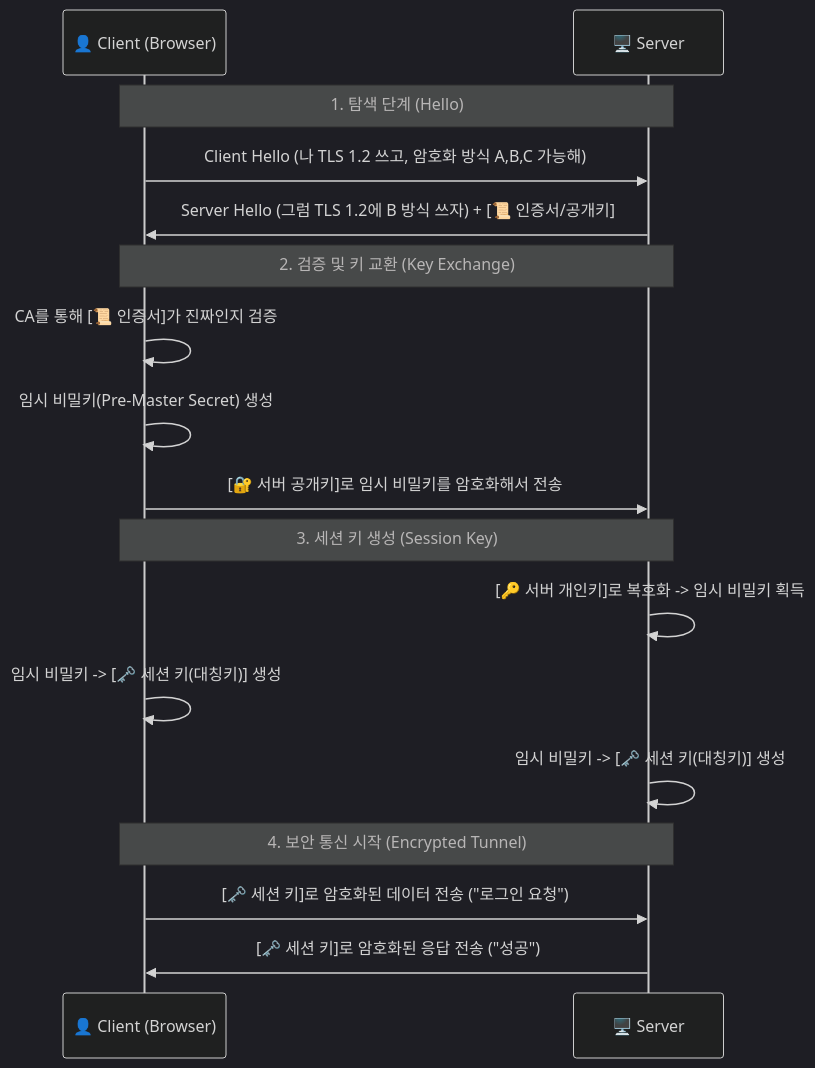
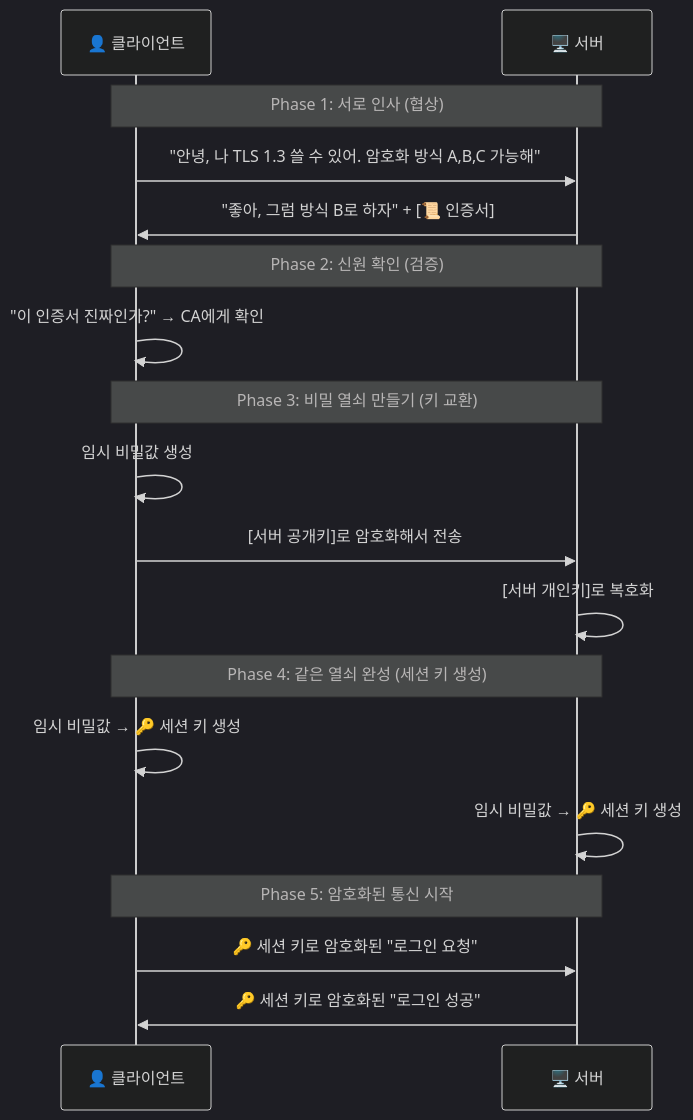
The diagram in 02-network/http-https/README.md (thseo4813/Study-Notes), drawn with Mermaid (dark theme) before and after one commit. The commit also changed other lines of this file and 10 other files, not shown here.

````diff
--- a/02-network/http-https/README.md
+++ b/02-network/http-https/README.md
@@ -85,24 +130,25 @@
 ```mermaid
 sequenceDiagram
-    participant Client as 👤 Client (Browser)
-    participant Server as 🖥️ Server
+    participant C as 👤 클라이언트
+    participant S as 🖥️ 서버
     
-    Note over Client, Server: 1. 탐색 단계 (Hello)
-    Client->>Server: Client Hello (나 TLS 1.2 쓰고, 암호화 방식 A,B,C 가능해)
-    Server->>Client: Server Hello (그럼 TLS 1.2에 B 방식 쓰자) + [📜 인증서/공개키]
+    Note over C,S: Phase 1: 서로 인사 (협상)
+    C->>S: "안녕, 나 TLS 1.3 쓸 수 있어. 암호화 방식 A,B,C 가능해"
+    S->>C: "좋아, 그럼 방식 B로 하자" + [📜 인증서]
     
-    Note over Client, Server: 2. 검증 및 키 교환 (Key Exchange)
-    Client->>Client: CA를 통해 [📜 인증서]가 진짜인지 검증
-    Client->>Client: 임시 비밀키(Pre-Master Secret) 생성
-    Client->>Server: [🔐 서버 공개키]로 임시 비밀키를 암호화해서 전송
+    Note over C,S: Phase 2: 신원 확인 (검증)
+    C->>C: "이 인증서 진짜인가?" → CA에게 확인
     
-    Note over Client, Server: 3. 세션 키 생성 (Session Key)
-    Server->>Server: [🔑 서버 개인키]로 복호화 -> 임시 비밀키 획득
-    Client->>Client: 임시 비밀키 -> [🗝️ 세션 키(대칭키)] 생성
-    Server->>Server: 임시 비밀키 -> [🗝️ 세션 키(대칭키)] 생성
+    Note over C,S: Phase 3: 비밀 열쇠 만들기 (키 교환)
+    C->>C: 임시 비밀값 생성
+    C->>S: [서버 공개키]로 암호화해서 전송
+    S->>S: [서버 개인키]로 복호화
     
-    Note over Client, Server: 4. 보안 통신 시작 (Encrypted Tunnel)
-    Client->>Server: [🗝️ 세션 키]로 암호화된 데이터 전송 ("로그인 요청")
-    Server->>Client: [🗝️ 세션 키]로 암호화된 응답 전송 ("성공")
-
+    Note over C,S: Phase 4: 같은 열쇠 완성 (세션 키 생성)
+    C->>C: 임시 비밀값 → 🔑 세션 키 생성
+    S->>S: 임시 비밀값 → 🔑 세션 키 생성
+    
+    Note over C,S: Phase 5: 암호화된 통신 시작
+    C->>S: 🔑 세션 키로 암호화된 "로그인 요청"
+    S->>C: 🔑 세션 키로 암호화된 "로그인 성공"
 ```
````
